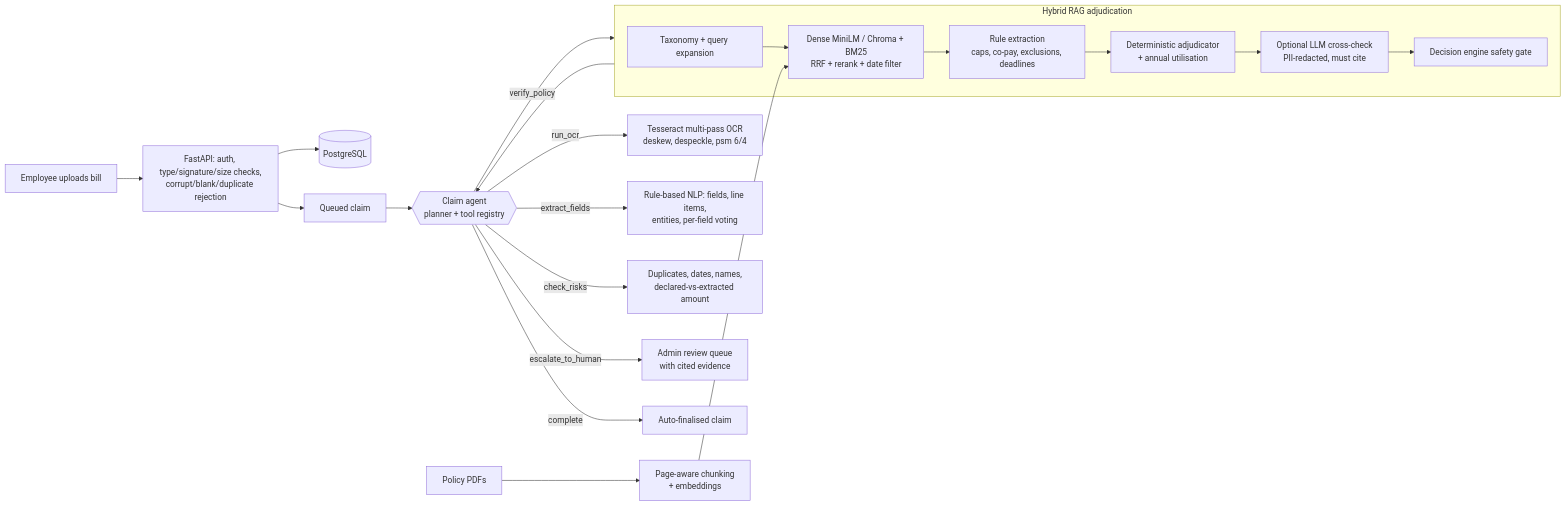
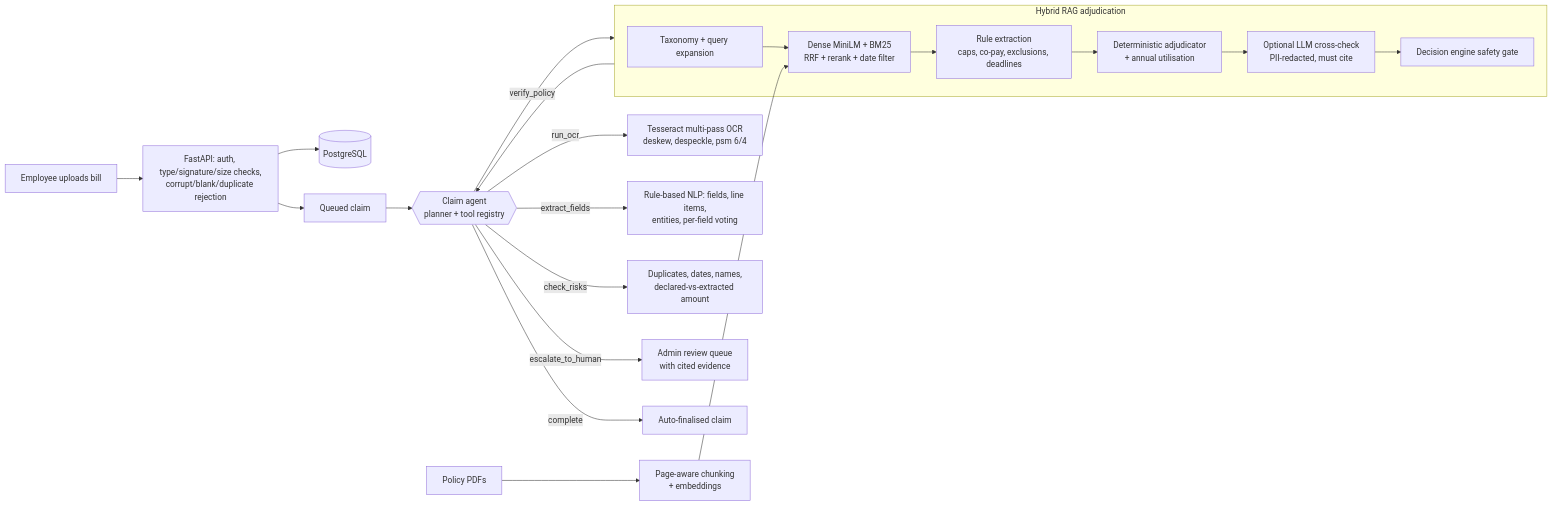
The diagram in README.md (santhosh12133/medical-claim-ai), drawn with Mermaid before and after one commit. The commit also changed other lines of this file and 20 other files, not shown here.

````diff
--- a/README.md
+++ b/README.md
@@ -107,22 +107,22 @@
 ```mermaid
 flowchart LR
     U[Employee uploads bill] --> API[FastAPI: auth, type/signature/size checks,<br/>corrupt/blank/duplicate rejection]
     API --> DB[(PostgreSQL)]
     API --> Q[Queued claim]
     Q --> AG{{Claim agent<br/>planner + tool registry}}
     AG -->|run_ocr| OCR[Tesseract multi-pass OCR<br/>deskew, despeckle, psm 6/4]
     AG -->|extract_fields| NLP[Rule-based NLP: fields, line items,<br/>entities, per-field voting]
     AG -->|check_risks| RISK[Duplicates, dates, names,<br/>declared-vs-extracted amount]
     AG -->|verify_policy| RAG
     subgraph RAG [Hybrid RAG adjudication]
-      R1[Taxonomy + query expansion] --> R2[Dense MiniLM / Chroma + BM25<br/>RRF + rerank + date filter]
+      R1[Taxonomy + query expansion] --> R2[Dense MiniLM + BM25<br/>RRF + rerank + date filter]
       R2 --> R3[Rule extraction<br/>caps, co-pay, exclusions, deadlines]
       R3 --> R4[Deterministic adjudicator<br/>+ annual utilisation]
       R4 --> R5[Optional LLM cross-check<br/>PII-redacted, must cite]
       R5 --> R6[Decision engine safety gate]
     end
     RAG --> AG
     AG -->|escalate_to_human| H[Admin review queue<br/>with cited evidence]
     AG -->|complete| F[Auto-finalised claim]
     POL[Policy PDFs] --> ING[Page-aware chunking<br/>+ embeddings] --> R2
 ```
````
